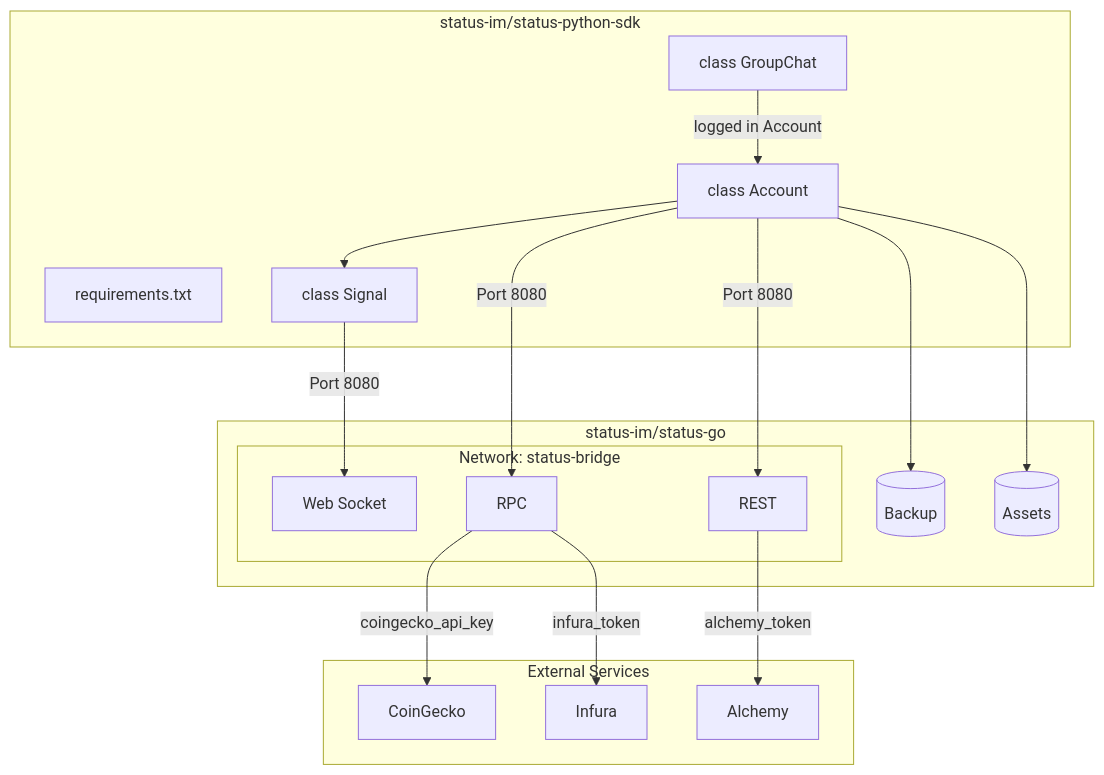
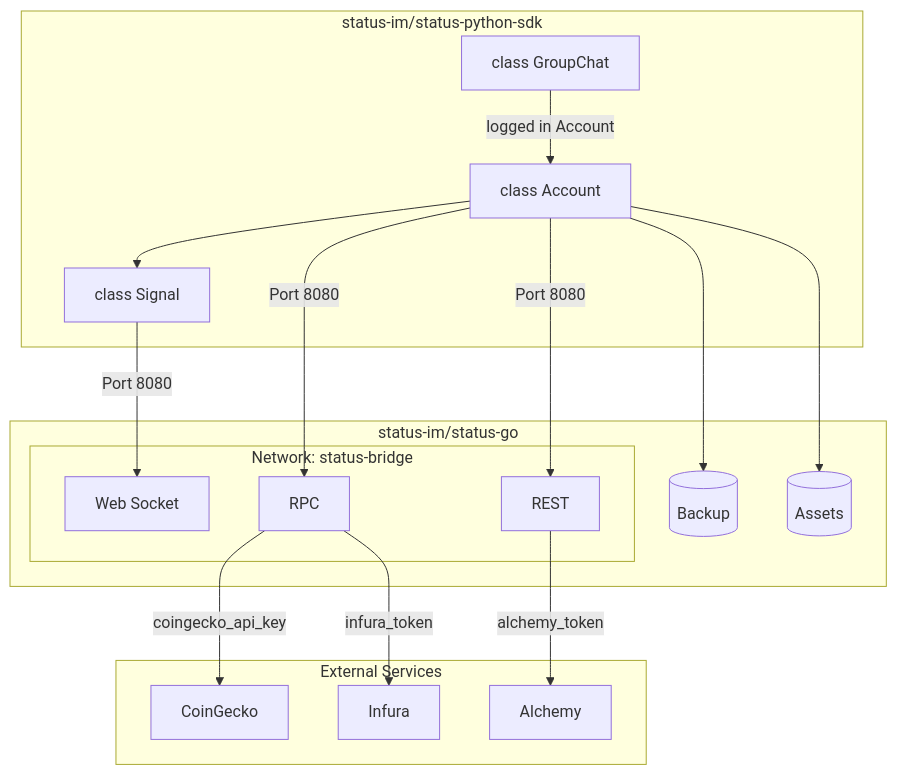
The first of 2 diagrams in README.md (status-im/status-python-sdk), drawn with Mermaid before and after one commit. The commit also changed 4 other files, not shown here.

````diff
--- a/README.md
+++ b/README.md
@@ -15,37 +15,36 @@
 ```mermaid
 graph TB
     subgraph backend[status-im/status-go]
         subgraph Endpoints[Network: status-bridge]
            RPC[RPC]
            HTTP[REST]
            SOCKET[Web Socket]
        end
        Vol1[(Backup)]
        Vol2[(Assets)]
    end
 
 
    subgraph bot[status-im/status-python-sdk]
-        REQUIREMENTS[requirements.txt]
         GROUP_CHAT[class GroupChat]
         SDK[class Account]
         SIGNAL[class Signal]
     end
 
     subgraph external[External Services]
         COINGECKO[CoinGecko]
         ALCHEMY[Alchemy]
         INFURA[Infura]
     end
 
     GROUP_CHAT --> |logged in Account| SDK
     SDK --> SIGNAL
     SDK --> |Port 8080| RPC
     SDK --> |Port 8080| HTTP
     SIGNAL --> |Port 8080| SOCKET
     SDK --> Vol1
     SDK --> Vol2
     RPC --> |coingecko_api_key| COINGECKO
     RPC --> |infura_token| INFURA
     HTTP --> |alchemy_token| ALCHEMY
 ```
````
